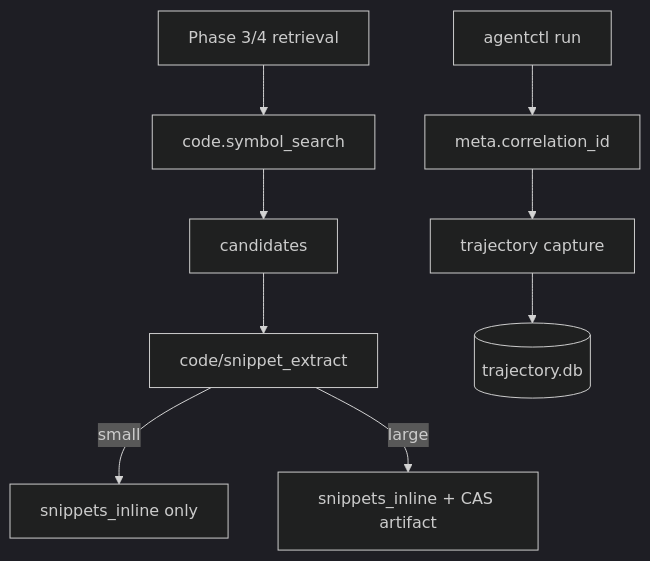
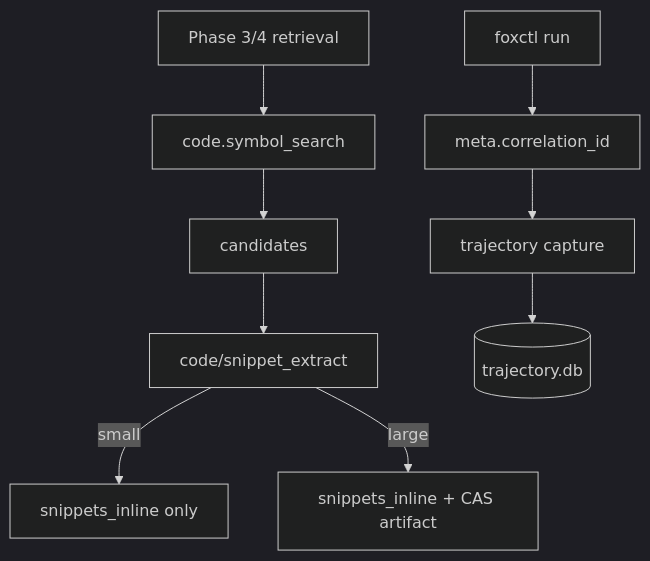
The diagram in docs/archive/specs/2025-12-13_universal_swe_grep_followups.md (joshka0/foxctl), drawn with Mermaid (dark theme) before and after one commit. The commit also changed 2567 other files, not shown here.

Commit message:
Rename agentctl to foxctl

````diff
--- a/docs/archive/specs/2025-12-13_universal_swe_grep_followups.md
+++ b/docs/archive/specs/2025-12-13_universal_swe_grep_followups.md
@@ -170,12 +170,12 @@
 ```mermaid
 graph TD
   A[Phase 3/4 retrieval] --> B[code.symbol_search]
   B --> C[candidates]
   C --> D[code/snippet_extract]
   D -->|small| E[snippets_inline only]
   D -->|large| F[snippets_inline + CAS artifact]
 
-  G[agentctl run] --> H[meta.correlation_id]
+  G[foxctl run] --> H[meta.correlation_id]
   H --> I[trajectory capture]
   I --> J[(trajectory.db)]
 ```
````
